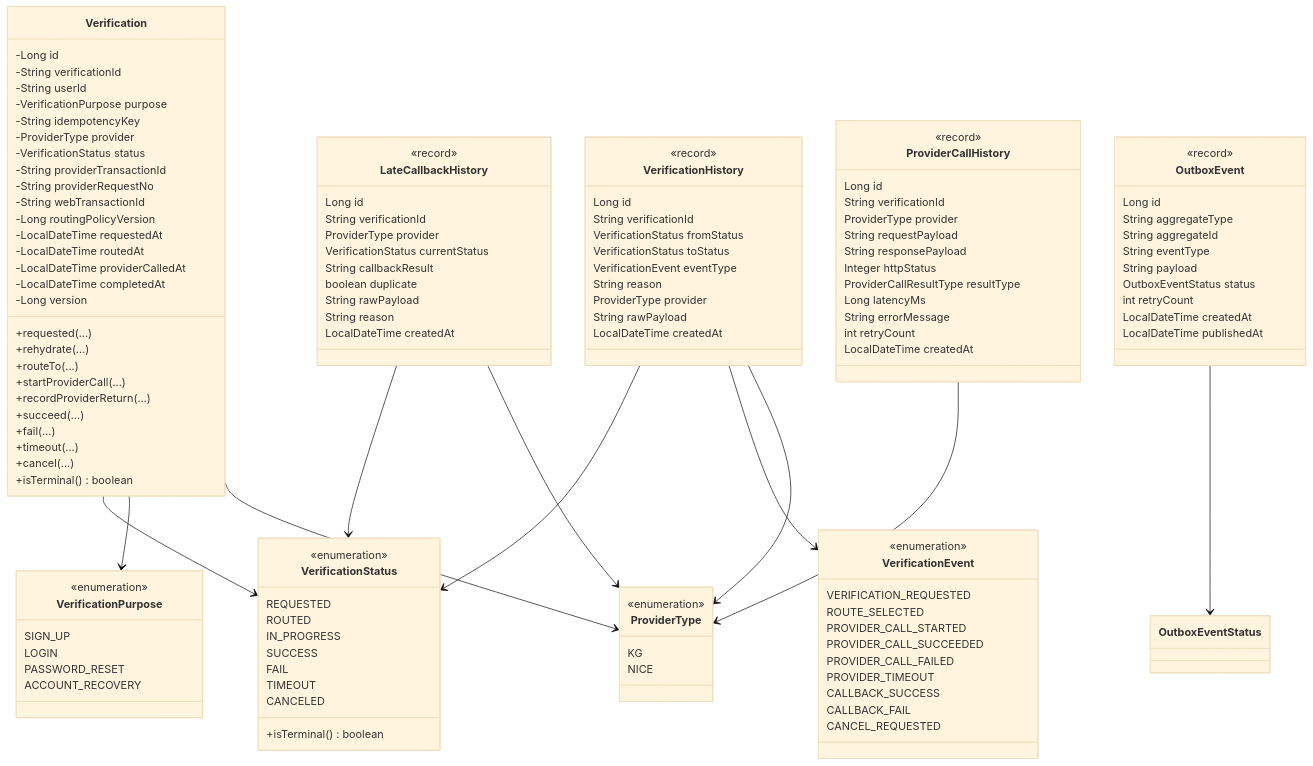
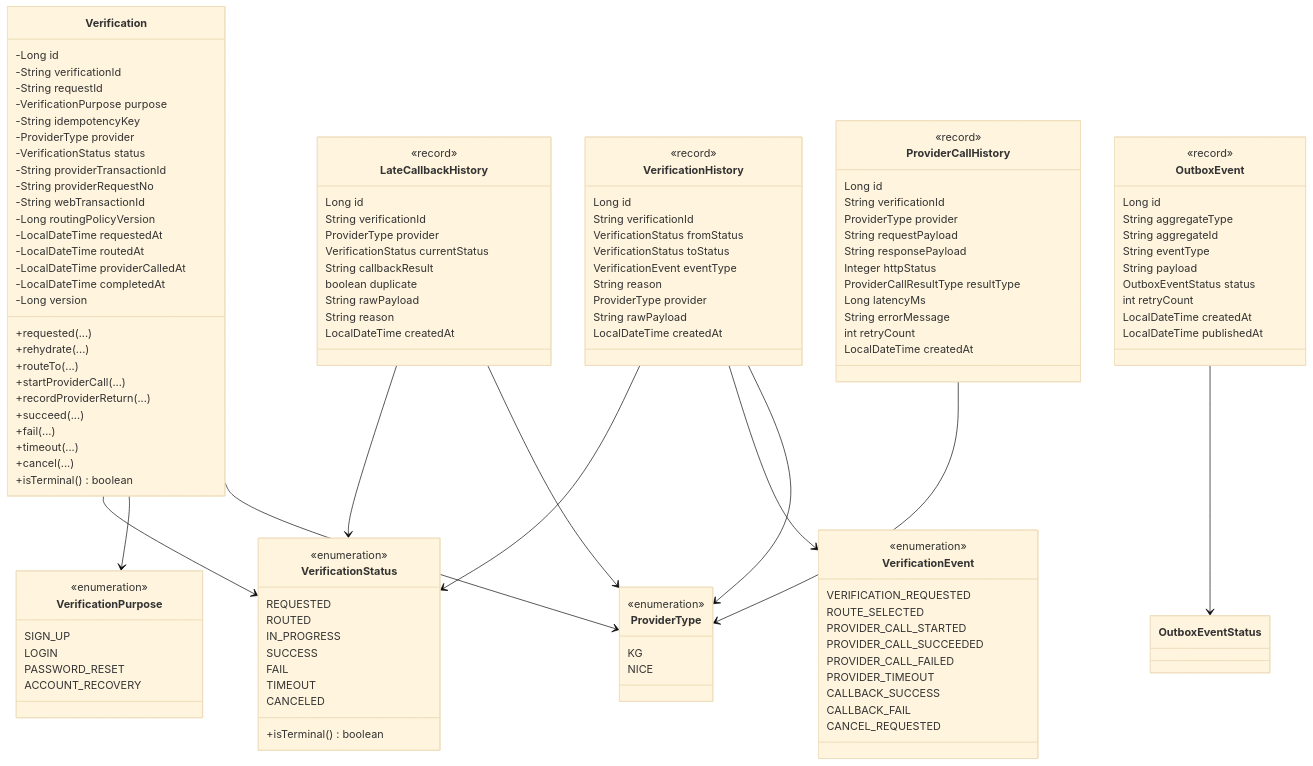
The sixth of 8 diagrams in docs/ARCHITECTURE_MERMAID.md (nowgnas/verifyhub), drawn with Mermaid (base theme) before and after one commit. The commit also changed other lines of this file and 20 other files, not shown here.

```diff
--- a/docs/ARCHITECTURE_MERMAID.md
+++ b/docs/ARCHITECTURE_MERMAID.md
@@ -248,7 +249,7 @@
     class Verification {
         -Long id
         -String verificationId
-        -String userId
+        -String requestId
         -VerificationPurpose purpose
         -String idempotencyKey
         -ProviderType provider
```
